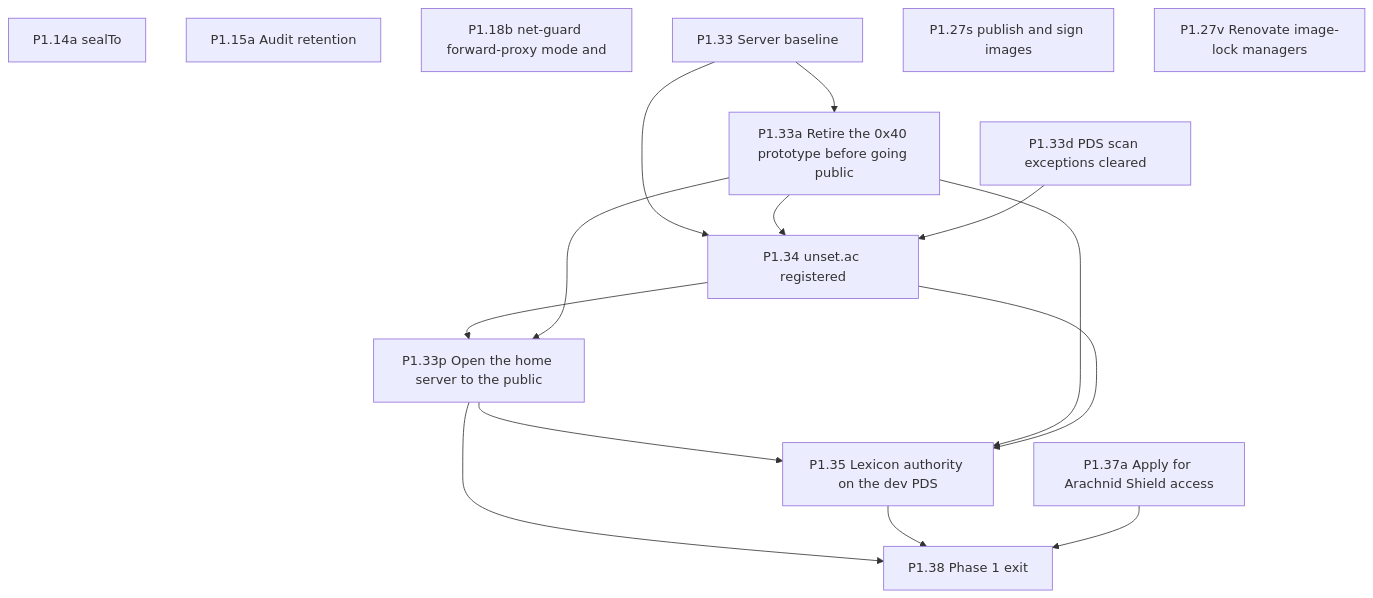
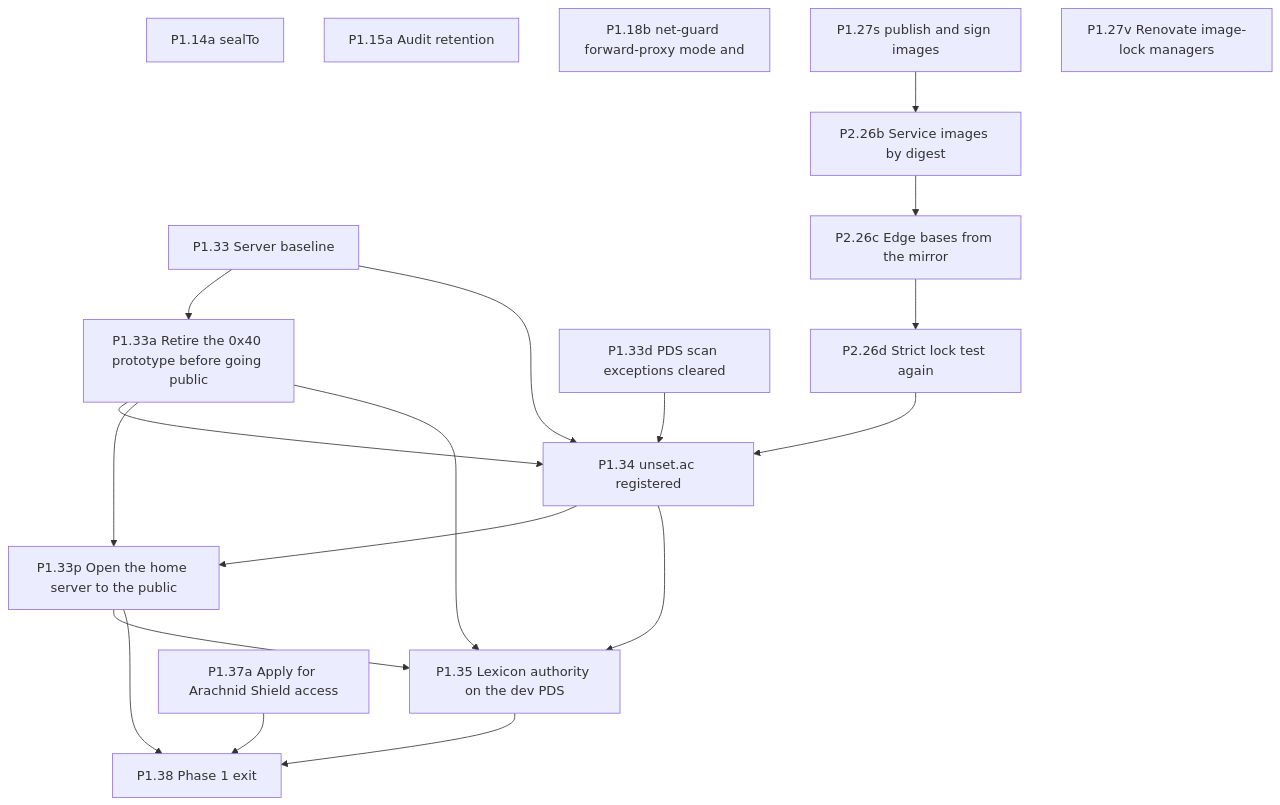
One commit to Undefined6799/unset changed the fourth of 11 diagrams in docs/ai/book/01-outline.md. Above: the diagram before and after it, drawn with Mermaid. The commit also changed other lines of this file and 2 other files, not shown here.

````diff
--- a/docs/ai/book/01-outline.md
+++ b/docs/ai/book/01-outline.md
@@ -1197,28 +1200,35 @@
 ```mermaid
 flowchart TD
   P1_14a["P1.14a sealTo"]
   P1_15a["P1.15a Audit retention"]
   P1_18b["P1.18b net-guard forward-proxy mode and"]
   P1_33["P1.33 Server baseline"]
   P1_33a["P1.33a Retire the 0x40 prototype before going public"]
   P1_33p["P1.33p Open the home server to the public"]
+  P2_26b["P2.26b Service images by digest"]
+  P2_26c["P2.26c Edge bases from the mirror"]
+  P2_26d["P2.26d Strict lock test again"]
   P1_33d["P1.33d PDS scan exceptions cleared"]
   P1_34["P1.34 unset.ac registered"]
   P1_35["P1.35 Lexicon authority on the dev PDS"]
   P1_27s["P1.27s publish and sign images"]
   P1_27v["P1.27v Renovate image-lock managers"]
   P1_37a["P1.37a Apply for Arachnid Shield access"]
   P1_38["P1.38 Phase 1 exit"]
   P1_33 --> P1_33a
   P1_33 --> P1_34
   P1_33a --> P1_34
   P1_33d --> P1_34
+  P1_27s --> P2_26b
+  P2_26b --> P2_26c
+  P2_26c --> P2_26d
+  P2_26d --> P1_34
   P1_34 --> P1_33p
   P1_33a --> P1_33p
   P1_33p --> P1_35
   P1_33a --> P1_35
   P1_33p --> P1_38
   P1_34 --> P1_35
   P1_35 --> P1_38
   P1_37a --> P1_38
 ```
````
